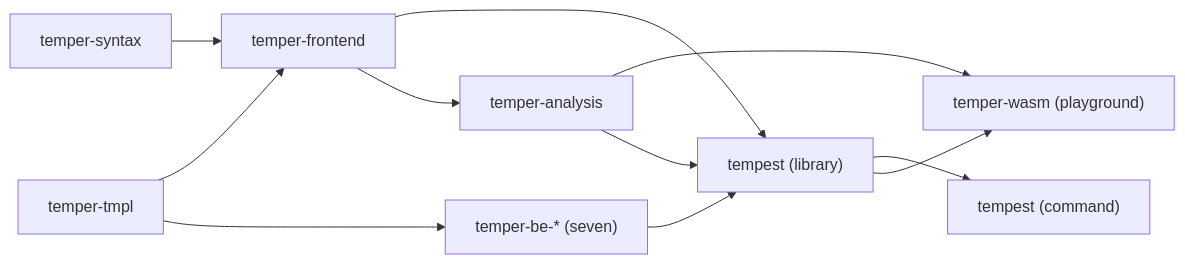
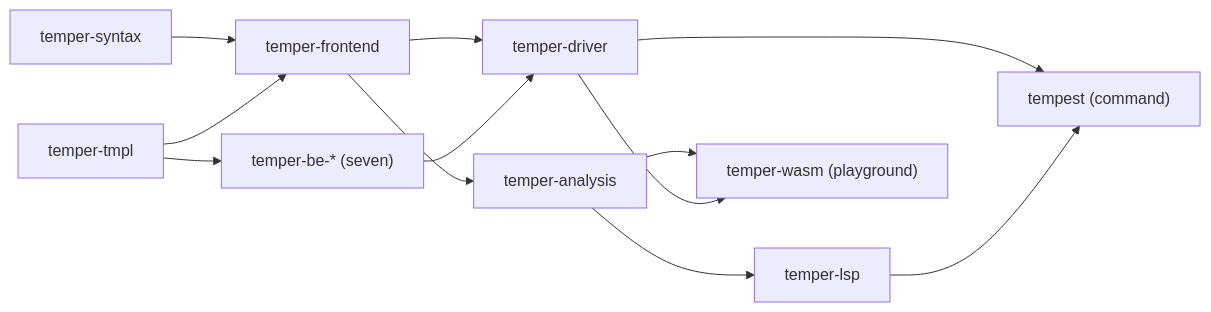
The second of 2 diagrams in docs/internals/README.md (temperlang/tempest), drawn with Mermaid before and after one commit. The commit also changed other lines of this file and 51 other files, not shown here.

First line of the commit message:
Split temper-driver and temper-lsp out of tempest

````diff
--- a/docs/internals/README.md
+++ b/docs/internals/README.md
@@ -47,13 +47,14 @@
 ```mermaid
 flowchart LR
   syntax["temper-syntax"] --> frontend["temper-frontend"]
   tmplc["temper-tmpl"] --> frontend
   tmplc --> be["temper-be-* (seven)"]
-  frontend --> lib["tempest (library)"]
+  frontend --> driver["temper-driver"]
   frontend --> analysis["temper-analysis"]
+  be --> driver
+  analysis --> lsp["temper-lsp"]
   analysis --> wasm
-  analysis --> lib
-  be --> lib
-  lib --> cli["tempest (command)"]
-  lib --> wasm["temper-wasm (playground)"]
+  driver --> cli["tempest (command)"]
+  lsp --> cli
+  driver --> wasm["temper-wasm (playground)"]
 ```
````
